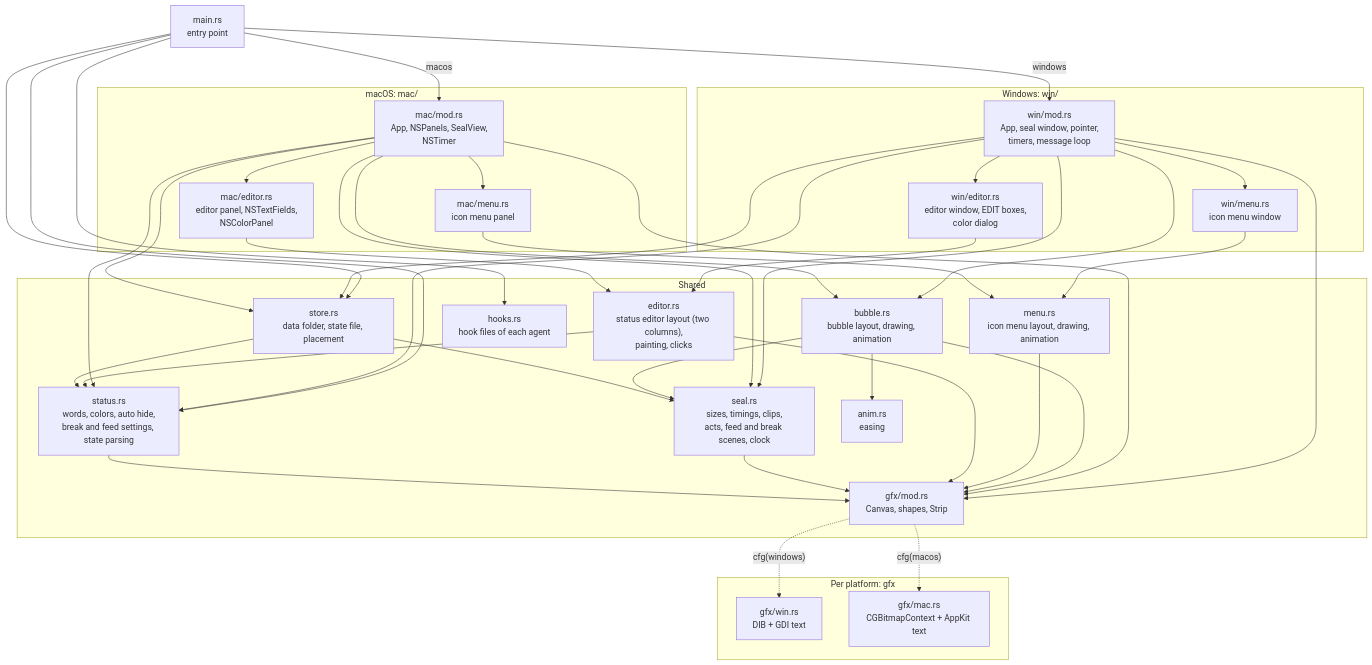
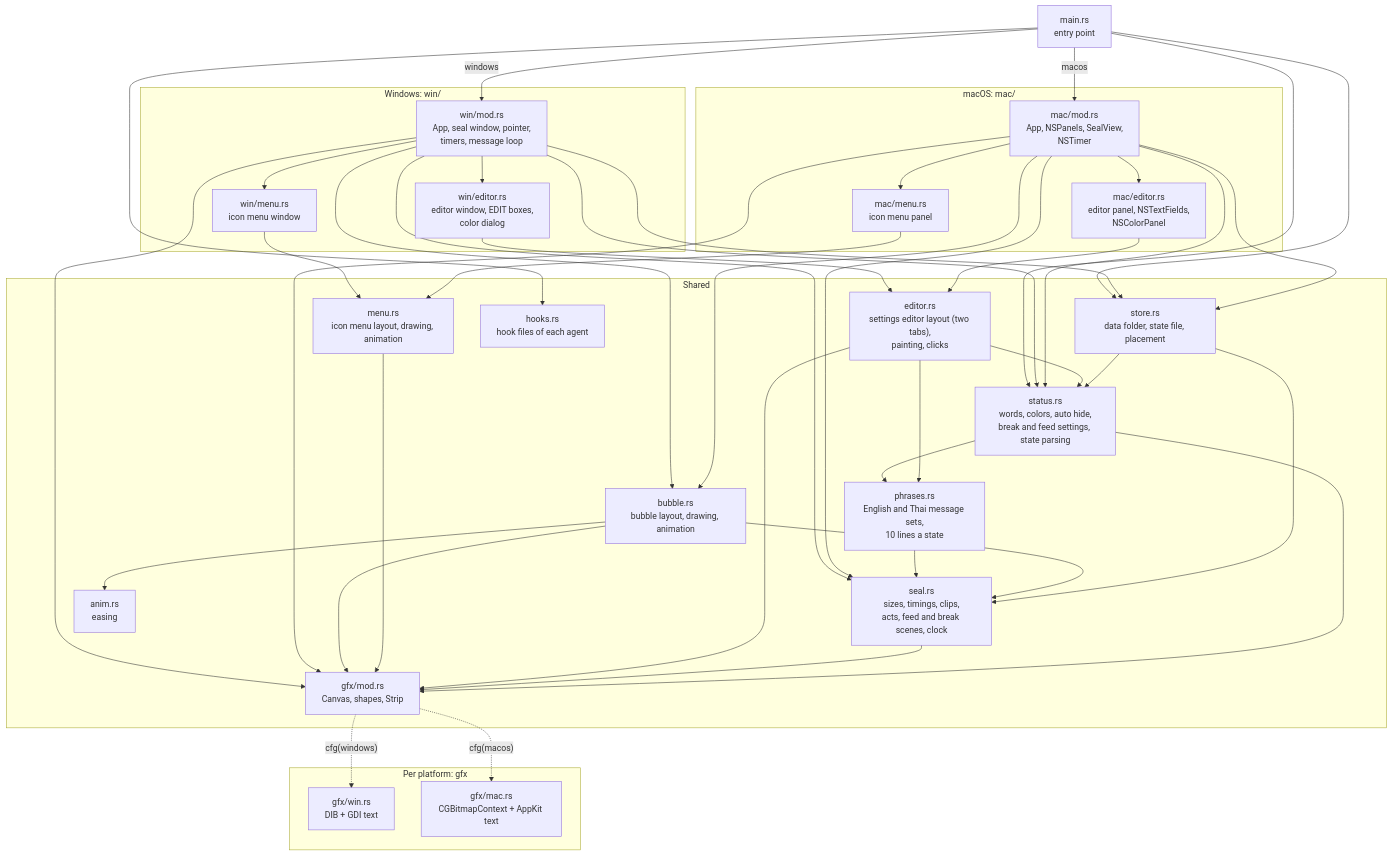
Before and after one commit to thanachaiakt/ai-mascot-hook: the second of 7 diagrams in docs/en/architecture.md, drawn with Mermaid. The commit also changed other lines of this file and 40 other files, not shown here.

````diff
--- a/docs/en/architecture.md
+++ b/docs/en/architecture.md
@@ -50,63 +50,66 @@
 ```mermaid
 flowchart TB
     main["main.rs<br/>entry point"]
 
     subgraph shared["Shared"]
         seal["seal.rs<br/>sizes, timings, clips,<br/>acts, feed and break scenes, clock"]
         store["store.rs<br/>data folder, state file, placement"]
         status["status.rs<br/>words, colors, auto hide,<br/>break and feed settings, state parsing"]
+        phrases["phrases.rs<br/>English and Thai message sets,<br/>10 lines a state"]
         bubble["bubble.rs<br/>bubble layout, drawing, animation"]
         menu["menu.rs<br/>icon menu layout, drawing, animation"]
-        editor["editor.rs<br/>status editor layout (two columns),<br/>painting, clicks"]
+        editor["editor.rs<br/>settings editor layout (two tabs),<br/>painting, clicks"]
         hooks["hooks.rs<br/>hook files of each agent"]
         anim["anim.rs<br/>easing"]
         gfx["gfx/mod.rs<br/>Canvas, shapes, Strip"]
     end
 
     subgraph backends["Per platform: gfx"]
         gwin["gfx/win.rs<br/>DIB + GDI text"]
         gmac["gfx/mac.rs<br/>CGBitmapContext + AppKit text"]
     end
 
     subgraph win["Windows: win/"]
         wmod["win/mod.rs<br/>App, seal window, pointer,<br/>timers, message loop"]
         wmenu["win/menu.rs<br/>icon menu window"]
         wed["win/editor.rs<br/>editor window, EDIT boxes,<br/>color dialog"]
     end
 
     subgraph mac["macOS: mac/"]
         mmod["mac/mod.rs<br/>App, NSPanels, SealView,<br/>NSTimer"]
         mmenu["mac/menu.rs<br/>icon menu panel"]
         med["mac/editor.rs<br/>editor panel, NSTextFields,<br/>NSColorPanel"]
     end
 
     main --> hooks
     main --> status
     main --> store
     main -- "windows" --> wmod
     main -- "macos" --> mmod
 
     wmod --> wmenu
     wmod --> wed
     mmod --> mmenu
     mmod --> med
     wmenu & mmenu --> menu
     wed & med --> editor
     wmod & mmod --> bubble
     wmod & mmod --> seal
     wmod & mmod --> store
     wmod & mmod --> status
     wmod & mmod --> gfx
 
     bubble --> anim
     bubble --> gfx
     menu & editor --> gfx
     editor --> status
+    status & editor --> phrases
+    phrases --> seal
     bubble --> seal
     store --> seal
     store --> status
     seal --> gfx
     status --> gfx
     gfx -. "cfg(windows)" .-> gwin
     gfx -. "cfg(macos)" .-> gmac
 ```
````
